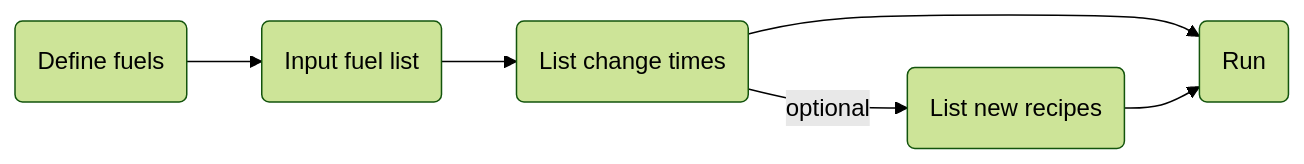
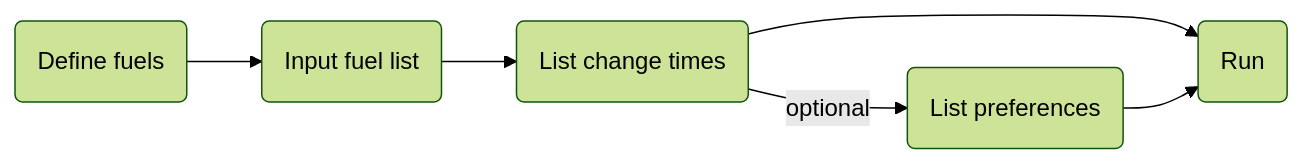
Before and after one commit to arfc/NEAR: the diagram in EVER/README.md, drawn with Mermaid (forest theme). The commit also changed 7 other files, not shown here.

````diff
--- a/EVER/README.md
+++ b/EVER/README.md
@@ -6,8 +6,8 @@
 ```mermaid
 graph LR
 A(Define fuels) --> B(Input fuel list)
 B --> C(List change times)
-C -- optional --> D(List new recipes)
+C -- optional --> D(List preferences)
 C --> E(Run)
 D --> E
 ```
````
